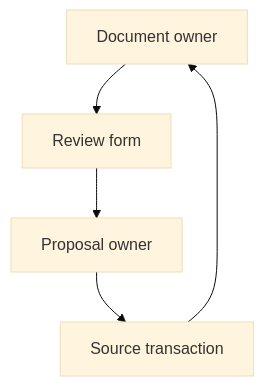
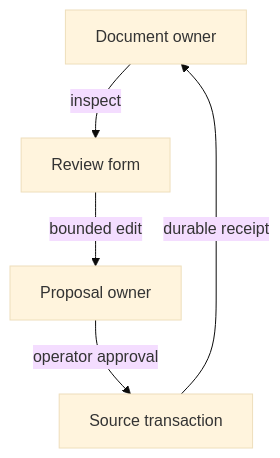
One commit to huijoohwee/agentic-graph changed the second of 5 diagrams in docs/documents/agentic-graph-spatial-workspace-pilot-prd-tad-adr-mvp-gtm.md. Above: the diagram before and after it, drawn with Mermaid (base theme). The commit also changed other lines of this file and 4 other files, not shown here.

````diff
--- a/docs/documents/agentic-graph-spatial-workspace-pilot-prd-tad-adr-mvp-gtm.md
+++ b/docs/documents/agentic-graph-spatial-workspace-pilot-prd-tad-adr-mvp-gtm.md
@@ -94,7 +105,11 @@
 ```mermaid
 flowchart TB
-  A[Document owner] --> B[Review form]
-  B --> C[Proposal owner]
-  C --> D[Source transaction]
-  D --> A
+  A["Document owner"]
+  B["Review form"]
+  C["Proposal owner"]
+  D["Source transaction"]
+  A -->|"inspect"| B
+  B -->|"bounded edit"| C
+  C -->|"operator approval"| D
+  D -->|"durable receipt"| A
 ```
````
